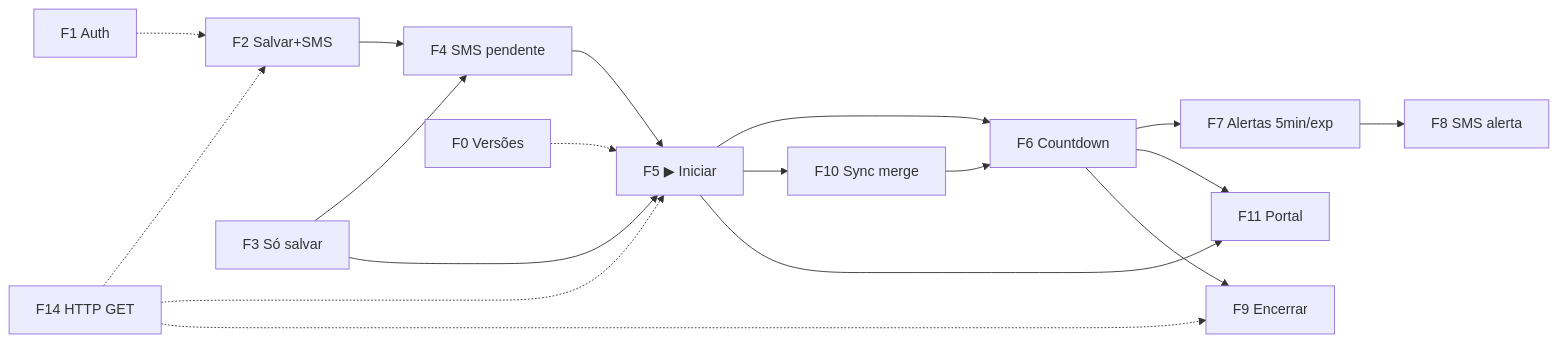
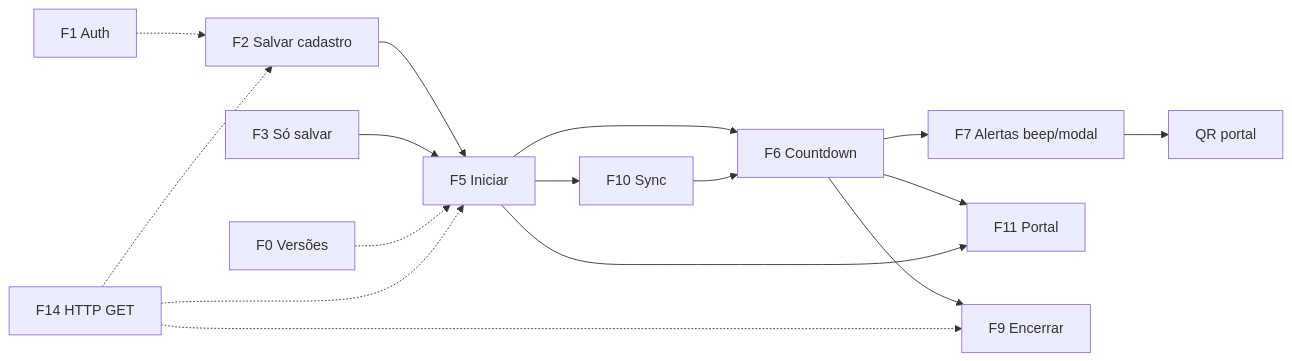
The second of 2 diagrams in docs/ativos/PROTOCOLO_DIAGNOSTICO_E_TESTES.md (ribocg-a11y/movikids), drawn with Mermaid before and after one commit. The commit also changed other lines of this file and 46 other files, not shown here.

First line of the commit message:
GAS v1.5.92 + FE v1.8.21: encerrar pendente, qr_only, alertas tablet

````diff
--- a/docs/ativos/PROTOCOLO_DIAGNOSTICO_E_TESTES.md
+++ b/docs/ativos/PROTOCOLO_DIAGNOSTICO_E_TESTES.md
@@ -80,20 +80,18 @@
 ```mermaid
 flowchart LR
-  F2[F2 Salvar+SMS] --> F4[F4 SMS pendente]
-  F3[F3 Só salvar] --> F4
-  F3 --> F5[F5 ▶ Iniciar]
-  F4 --> F5
+  F2[F2 Salvar cadastro] --> F5[F5 Iniciar]
+  F3[F3 Só salvar] --> F5
   F5 --> F6[F6 Countdown]
-  F6 --> F7[F7 Alertas 5min/exp]
-  F5 --> F10[F10 Sync merge]
+  F6 --> F7[F7 Alertas beep/modal]
+  F7 --> QR[QR portal]
+  F5 --> F10[F10 Sync]
   F10 --> F6
   F6 --> F11[F11 Portal]
   F5 --> F11
   F6 --> F9[F9 Encerrar]
-  F7 --> F8[F8 SMS alerta]
   F0[F0 Versões] -.-> F5
   F1[F1 Auth] -.-> F2
   F14[F14 HTTP GET] -.-> F2
   F14 -.-> F5
   F14 -.-> F9
 ```
````
